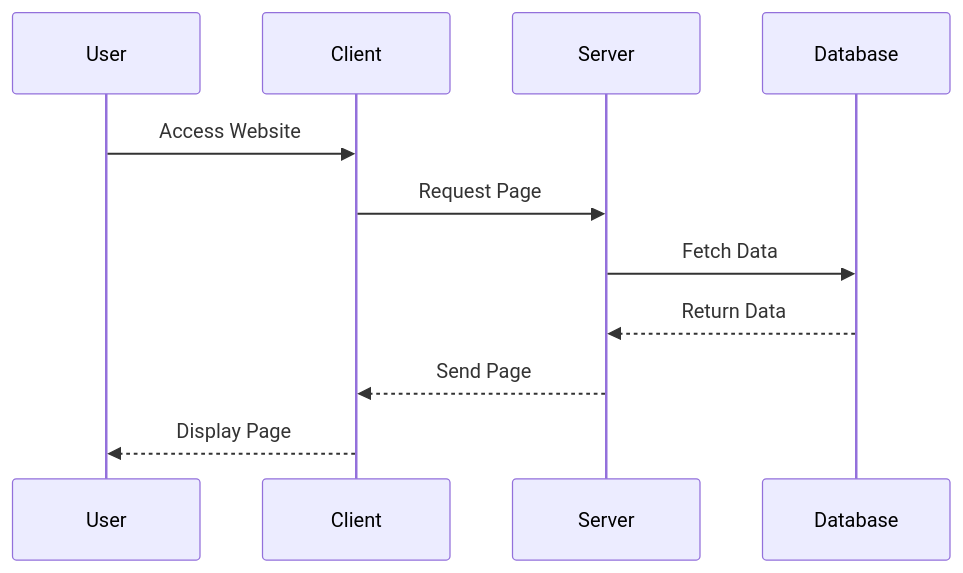
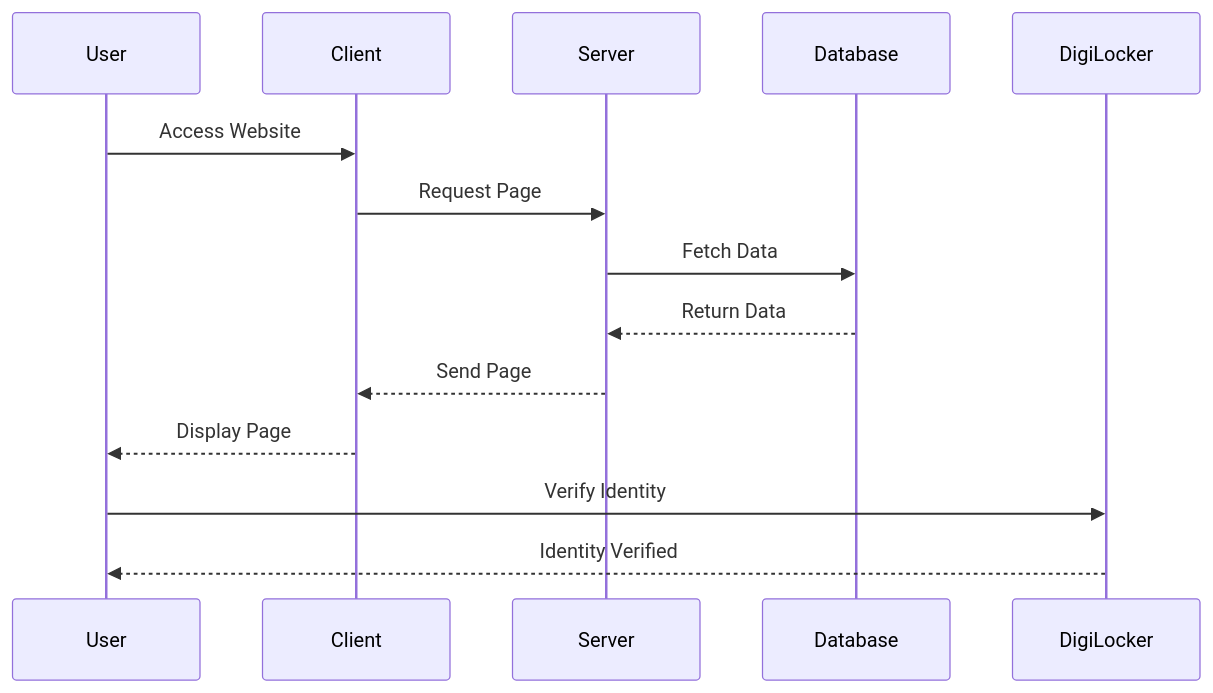
Before and after one commit to kasinadhsarma/vicharcha: the second of 3 diagrams in README.md, drawn with Mermaid. The commit also changed other lines of this file and 12 other files, not shown here.

````diff
--- a/README.md
+++ b/README.md
@@ -38,14 +44,17 @@
 ```mermaid
 sequenceDiagram
     participant U as User
     participant C as Client
     participant S as Server
     participant DB as Database
+    participant DGL as DigiLocker
 
     U->>C: Access Website
     C->>S: Request Page
     S->>DB: Fetch Data
     DB-->>S: Return Data
     S-->>C: Send Page
     C-->>U: Display Page
+    U->>DGL: Verify Identity
+    DGL-->>U: Identity Verified
 ```
````
